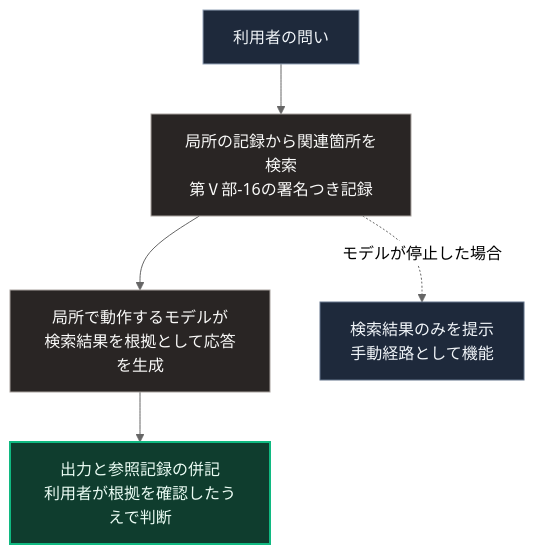
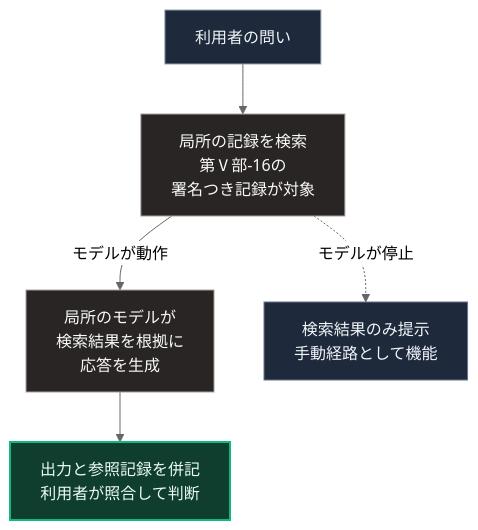
Before and after one commit to Takenori-Kusaka/zenn-content: the diagram in books/sovereign-resilience-blueprint/58_local-rag-offline-slm-decision-support.md, drawn with Mermaid (neutral theme). The commit also changed other lines of this file and 114 other files, not shown here.

````diff
--- a/books/sovereign-resilience-blueprint/58_local-rag-offline-slm-decision-support.md
+++ b/books/sovereign-resilience-blueprint/58_local-rag-offline-slm-decision-support.md
@@ -57,14 +57,14 @@
 ```mermaid
 flowchart TD
     Q[利用者の問い]
-    Q --> S[局所の記録から関連箇所を検索<br>第Ⅴ部-16の署名つき記録]
-    S --> M[局所で動作するモデルが<br>検索結果を根拠として応答を生成]
-    M --> O[出力と参照記録の併記<br>利用者が根拠を確認したうえで判断]
-    S -.->|モデルが停止した場合| O2[検索結果のみを提示<br>手動経路として機能]
+    Q --> S[局所の記録を検索<br>第Ⅴ部-16の<br>署名つき記録が対象]
+    S -->|モデルが動作| M[局所のモデルが<br>検索結果を根拠に<br>応答を生成]
+    S -.->|モデルが停止| O2[検索結果のみ提示<br>手動経路として機能]
+    M --> O[出力と参照記録を併記<br>利用者が照合して判断]
 
     style Q fill:#1e293b,stroke:#94a3b8,color:#f1f5f9
     style S fill:#292524,stroke:#a8a29e,color:#fafaf9
     style M fill:#292524,stroke:#a8a29e,color:#fafaf9
     style O fill:#0f3d2e,stroke:#10b981,stroke-width:2px,color:#ecfdf5
     style O2 fill:#1e293b,stroke:#64748b,color:#f1f5f9
 ```
````
